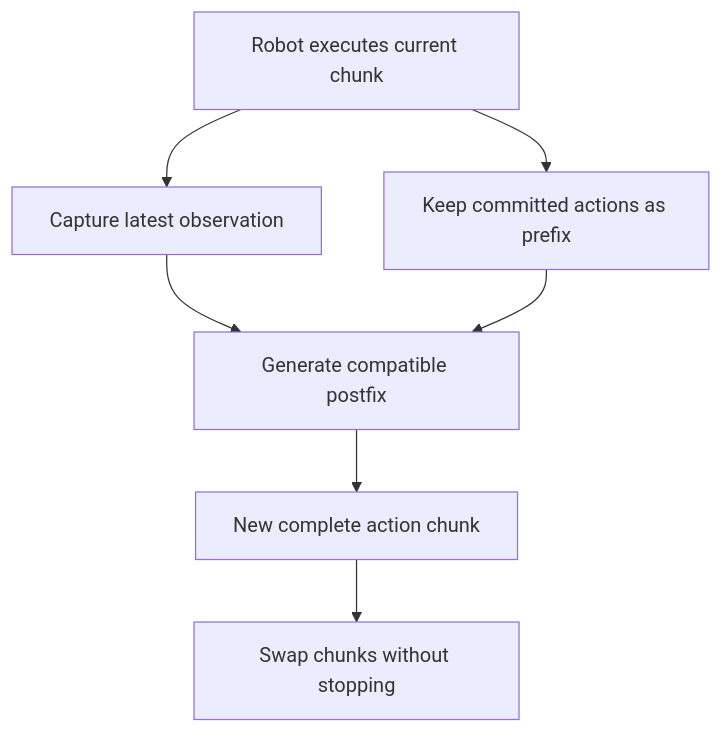
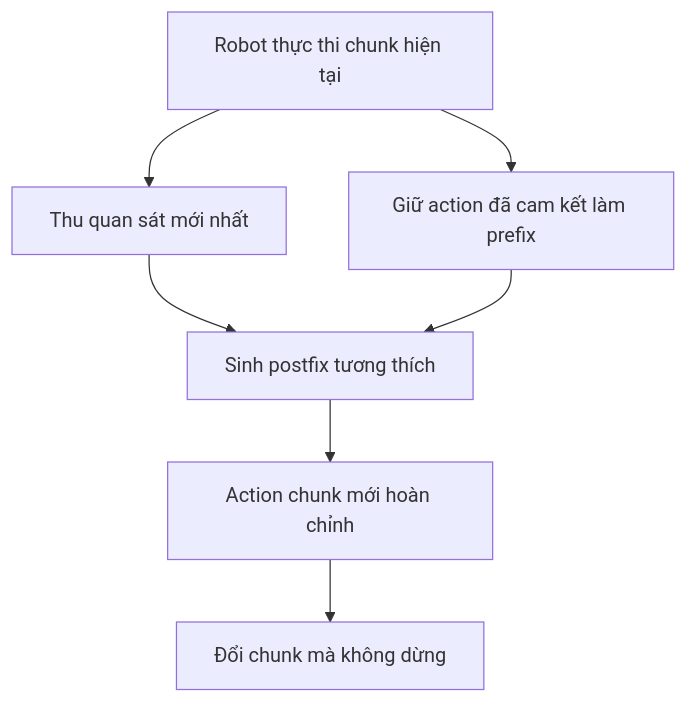
The diagram in docs/research_finding/02-realtime-chunking/short_overview.md (cycler04/VinRobotics-VLA), drawn with Mermaid before and after one commit. The commit also changed other lines of this file and 79 other files, not shown here.

````diff
--- a/docs/research_finding/02-realtime-chunking/short_overview.md
+++ b/docs/research_finding/02-realtime-chunking/short_overview.md
@@ -35,9 +35,9 @@
 ```mermaid
 flowchart TD
-    OLD[Robot executes current chunk] --> OBS[Capture latest observation]
-    OLD --> PREFIX[Keep committed actions as prefix]
-    OBS --> GENERATE[Generate compatible postfix]
+    OLD[Robot thực thi chunk hiện tại] --> OBS[Thu quan sát mới nhất]
+    OLD --> PREFIX[Giữ action đã cam kết làm prefix]
+    OBS --> GENERATE[Sinh postfix tương thích]
     PREFIX --> GENERATE
-    GENERATE --> NEXT[New complete action chunk]
-    NEXT --> SWAP[Swap chunks without stopping]
+    GENERATE --> NEXT[Action chunk mới hoàn chỉnh]
+    NEXT --> SWAP[Đổi chunk mà không dừng]
 ```
````
